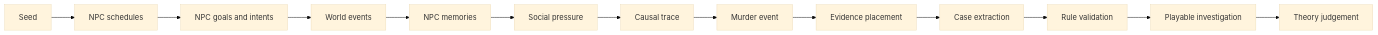
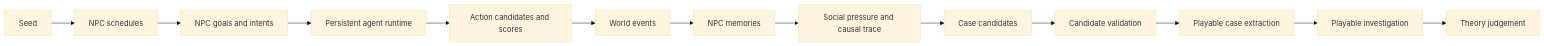
One commit to wangyufanshuai/detective-novel-lab changed the diagram in README.md. Above: the diagram before and after it, drawn with Mermaid (base theme). The commit also changed other lines of this file and 27 other files, not shown here.

Commit message:
Add persistent agent town runtime

````diff
--- a/README.md
+++ b/README.md
@@ -139,15 +164,15 @@
 ```mermaid
 flowchart LR
   A["Seed"] --> B["NPC schedules"]
   B --> C["NPC goals and intents"]
-  C --> D["World events"]
-  D --> E["NPC memories"]
-  E --> F["Social pressure"]
-  F --> G["Causal trace"]
-  G --> H["Murder event"]
-  H --> I["Evidence placement"]
-  I --> J["Case extraction"]
-  J --> K["Rule validation"]
+  C --> D["Persistent agent runtime"]
+  D --> E["Action candidates and scores"]
+  E --> F["World events"]
+  F --> G["NPC memories"]
+  G --> H["Social pressure and causal trace"]
+  H --> I["Case candidates"]
+  I --> J["Candidate validation"]
+  J --> K["Playable case extraction"]
   K --> L["Playable investigation"]
   L --> M["Theory judgement"]
 ```
````
